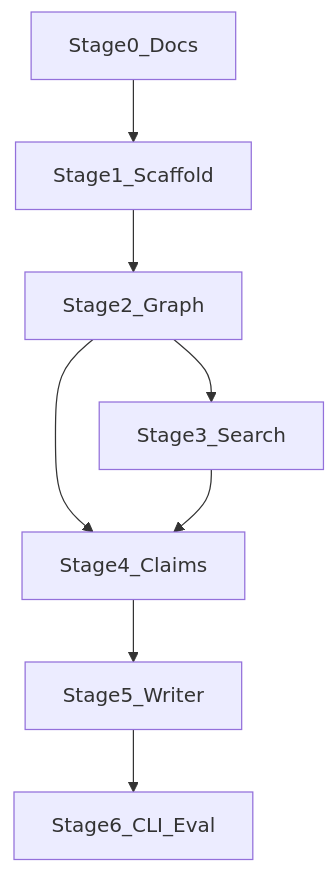
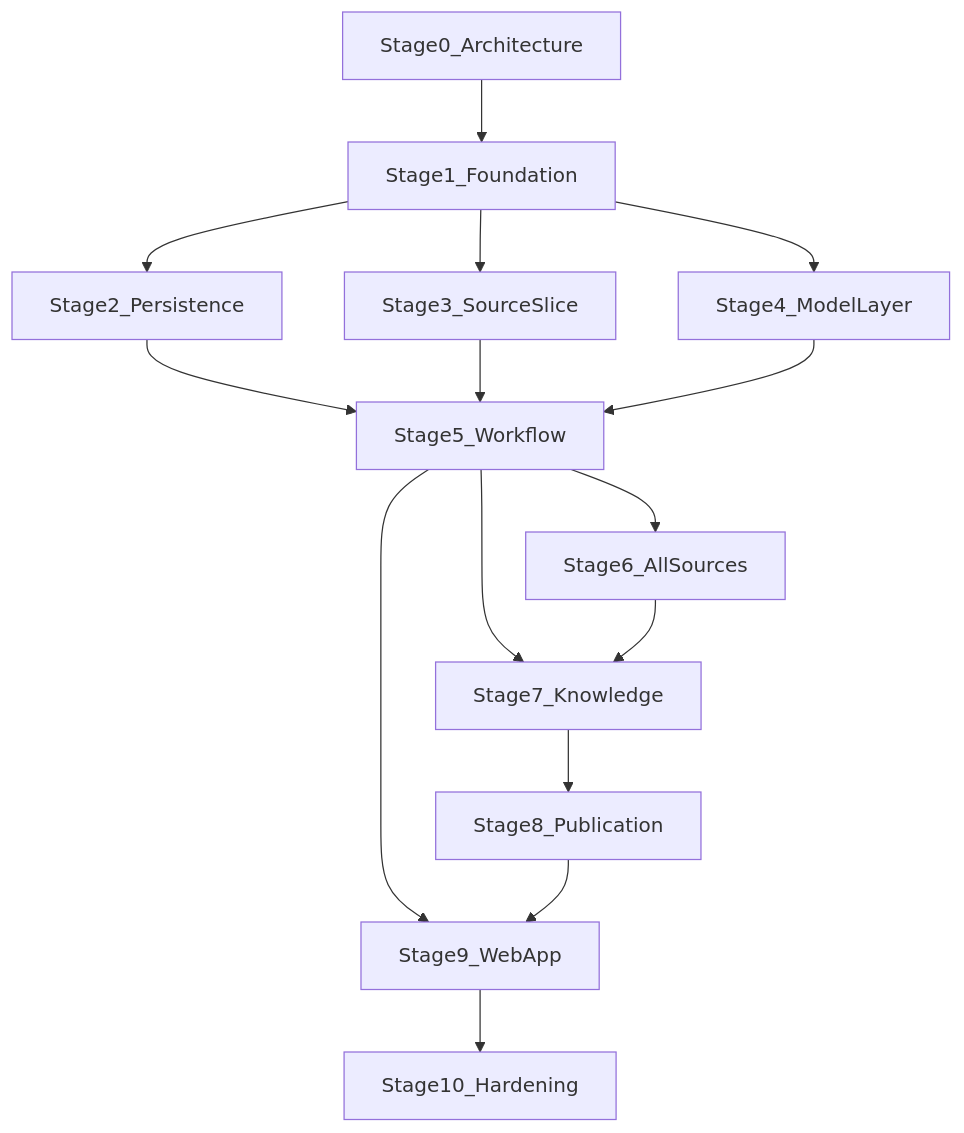
One commit to willcipriano/DeepRhetor changed the second of 2 diagrams in PLAN.md. Above: the diagram before and after it, drawn with Mermaid. The commit also changed other lines of this file and 37 other files, not shown here.

First line of the commit message:
Add Stage 1 foundation: package scaffold, config, models, and migrations.

````diff
--- a/PLAN.md
+++ b/PLAN.md
@@ -123,18 +801,29 @@
 ```mermaid
 flowchart TD
-  S0[Stage0_Docs]
-  S1[Stage1_Scaffold]
-  S2[Stage2_Graph]
-  S3[Stage3_Search]
-  S4[Stage4_Claims]
-  S5[Stage5_Writer]
-  S6[Stage6_CLI_Eval]
+  S0[Stage0_Architecture]
+  S1[Stage1_Foundation]
+  S2[Stage2_Persistence]
+  S3[Stage3_SourceSlice]
+  S4[Stage4_ModelLayer]
+  S5[Stage5_Workflow]
+  S6[Stage6_AllSources]
+  S7[Stage7_Knowledge]
+  S8[Stage8_Publication]
+  S9[Stage9_WebApp]
+  S10[Stage10_Hardening]
 
   S0 --> S1
   S1 --> S2
-  S2 --> S3
-  S2 --> S4
-  S3 --> S4
+  S1 --> S3
+  S1 --> S4
+  S2 --> S5
+  S3 --> S5
   S4 --> S5
   S5 --> S6
+  S5 --> S7
+  S6 --> S7
+  S7 --> S8
+  S5 --> S9
+  S8 --> S9
+  S9 --> S10
 ```
````
